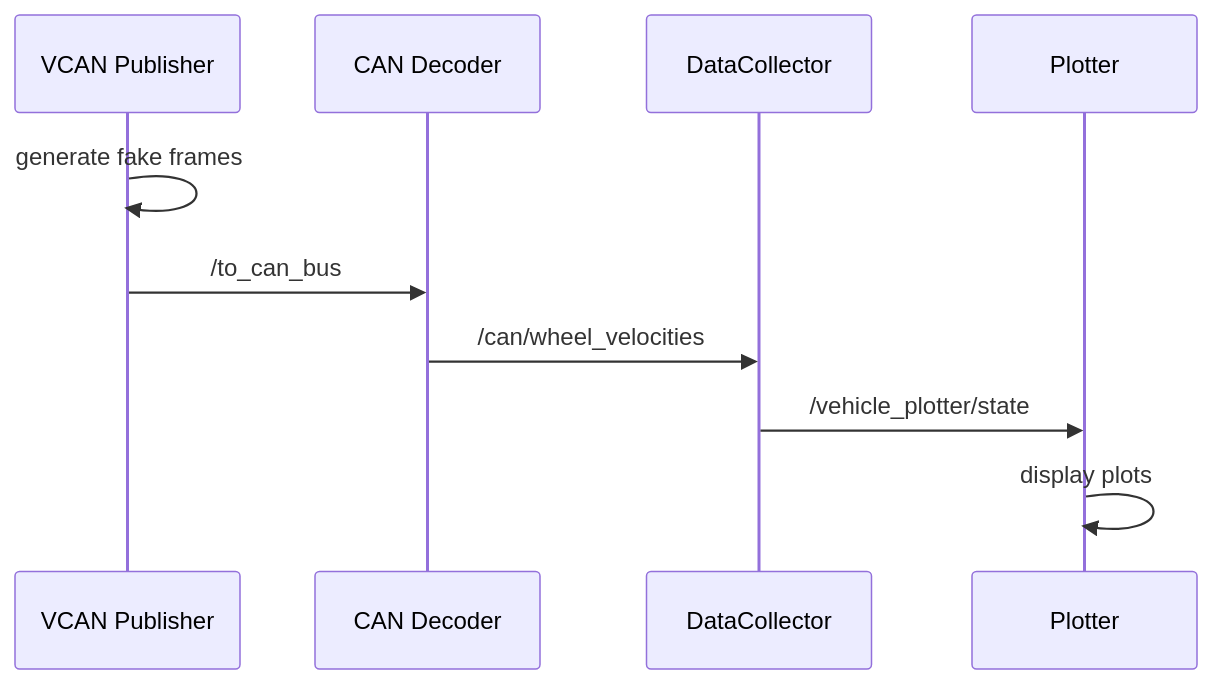
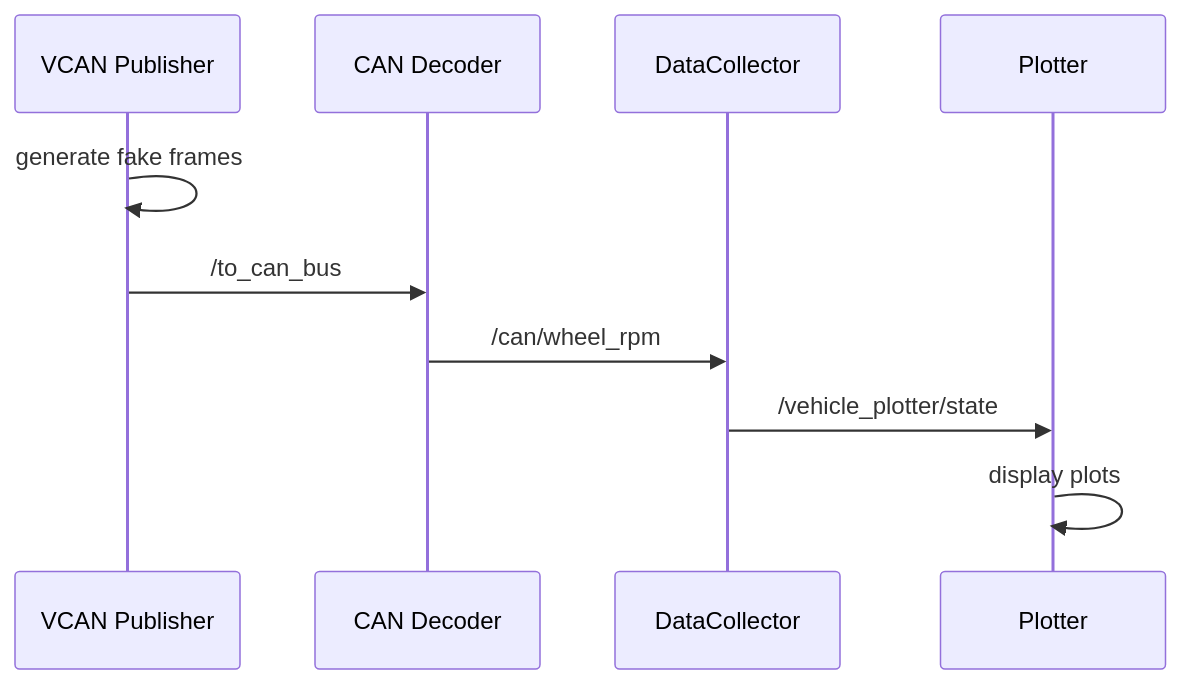
The sixth of 7 diagrams in docs/ARCHITECTURE.md (ZenMaster609/Master), drawn with Mermaid before and after one commit. The commit also changed other lines of this file and 37 other files, not shown here.

````diff
--- a/docs/ARCHITECTURE.md
+++ b/docs/ARCHITECTURE.md
@@ -174,13 +174,13 @@
 ```mermaid
 sequenceDiagram
     participant VP as VCAN Publisher
     participant CD as CAN Decoder
     participant DC as DataCollector
     participant PN as Plotter
 
     VP->>VP: generate fake frames
     VP->>CD: /to_can_bus
-    CD->>DC: /can/wheel_velocities
+    CD->>DC: /can/wheel_rpm
     DC->>PN: /vehicle_plotter/state
     PN->>PN: display plots
 ```
````
